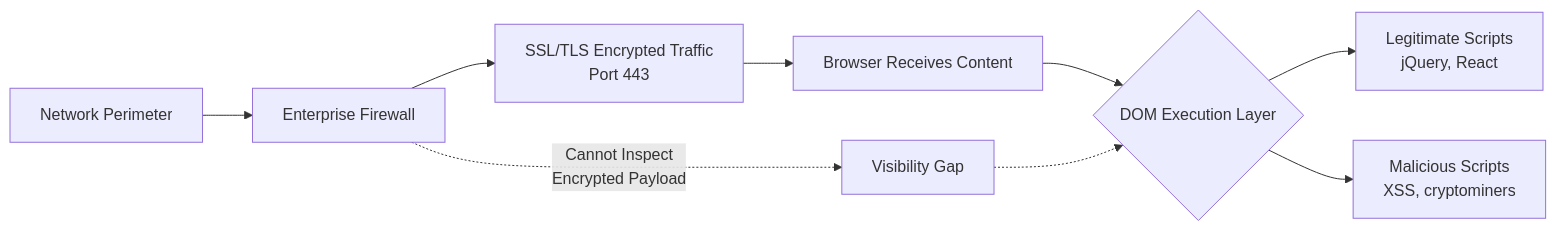
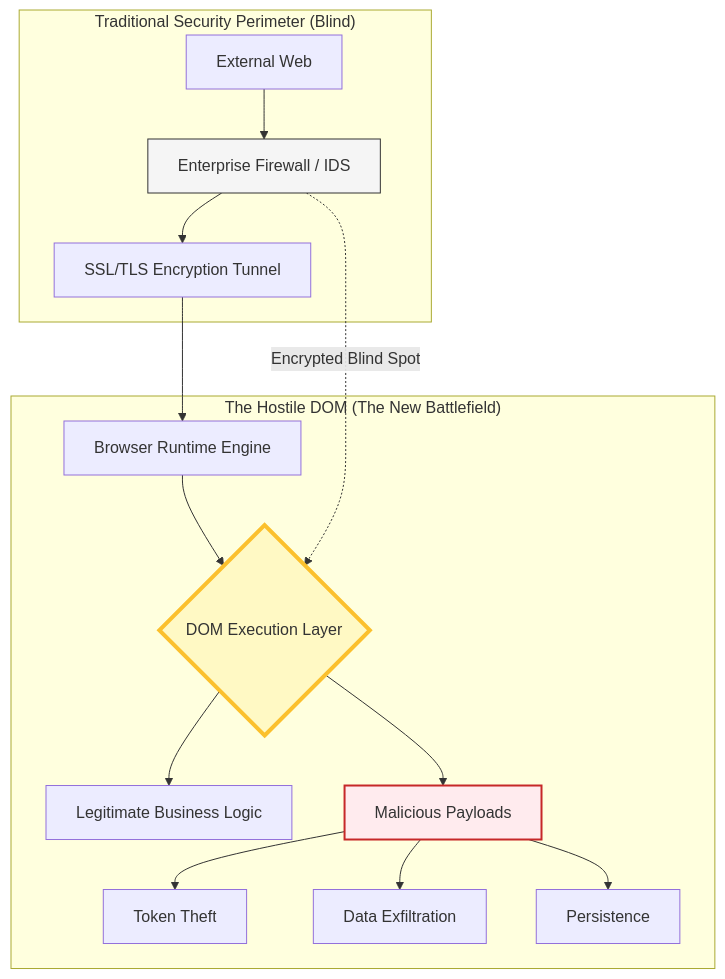
Diagram 11 of 11 in docs/projects/blogs/security/dom_exploits/00-hostile-dom-summary.md (sujith-eag/sujith-library), drawn with Mermaid before and after one commit. The commit also changed other lines of this file and 2 other files, not shown here.

Commit message:
Refactor documentation links in DOM exploits index and enhance advanced attack sections with new content on dangling markup injection, DOM clobbering, postMessage vulnerabilities, request smuggling, and PWA exploitation techniques.

````diff
--- a/docs/projects/blogs/security/dom_exploits/00-hostile-dom-summary.md
+++ b/docs/projects/blogs/security/dom_exploits/00-hostile-dom-summary.md
@@ -651,13 +744,23 @@
 ```mermaid
-graph LR
-    A[Network Perimeter] --> B[Enterprise Firewall]
-    B --> C[SSL/TLS Encrypted Traffic<br/>Port 443]
-    C --> D[Browser Receives Content]
+graph TD
+    subgraph "Traditional Security Perimeter (Blind)"
+    A[External Web] --> B[Enterprise Firewall / IDS]
+    B --> C[SSL/TLS Encryption Tunnel]
+    end
+    
+    subgraph "The Hostile DOM (The New Battlefield)"
+    C --> D[Browser Runtime Engine]
     D --> E{DOM Execution Layer}
+    E --> F[Legitimate Business Logic]
+    E --> G[Malicious Payloads]
+    G --> H[Token Theft]
+    G --> I[Data Exfiltration]
+    G --> J[Persistence]
+    end
     
-    E --> F[Legitimate Scripts<br/>jQuery, React]
-    E --> G[Malicious Scripts<br/>XSS, cryptominers]
+    B -.->|Encrypted Blind Spot| E
     
-    B -.->|Cannot Inspect<br/>Encrypted Payload| H[Visibility Gap]
-    H -.-> E
+    style B fill:#f5f5f5,stroke:#333
+    style E fill:#fff9c4,stroke:#fbc02d,stroke-width:4px
+    style G fill:#ffebee,stroke:#c62828,stroke-width:2px
 ```
````
